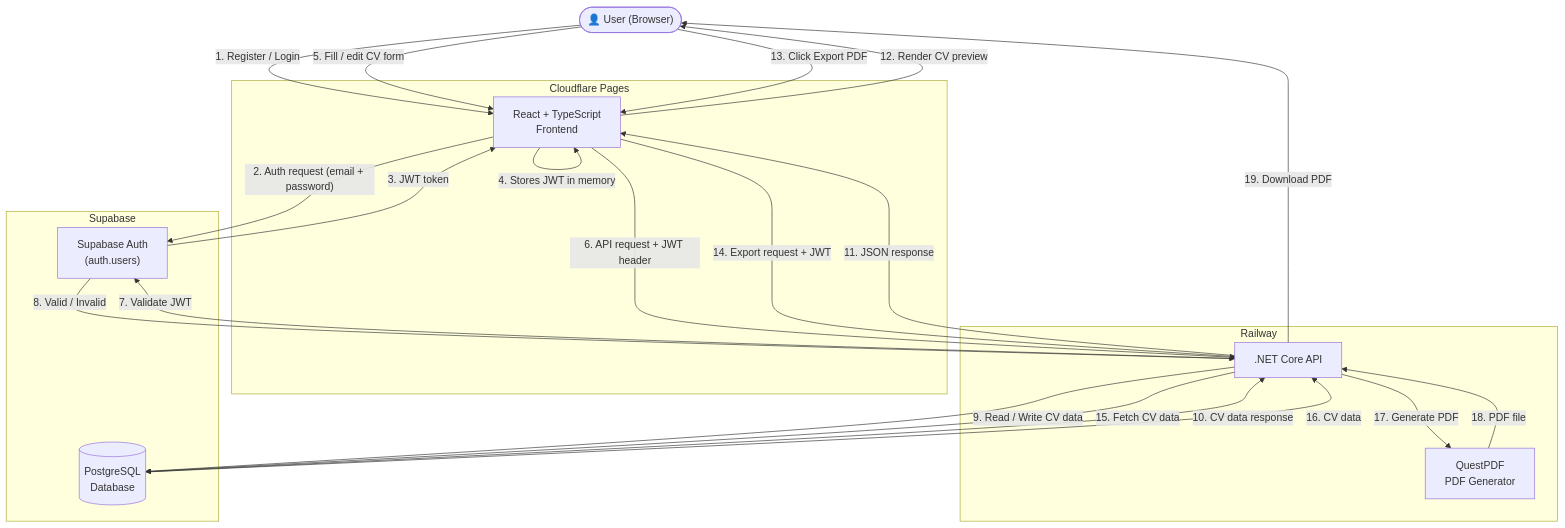
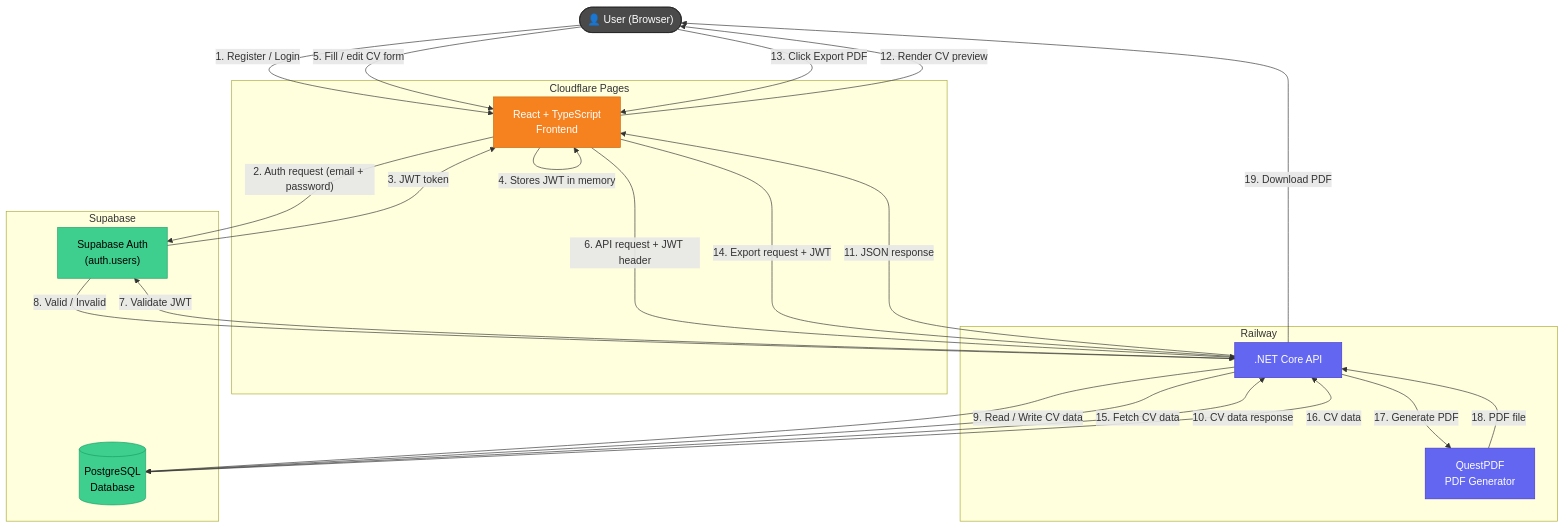
Before and after one commit to Tylerking406/cvmaker: the first of 2 diagrams in diagrams.md, drawn with Mermaid.

Commit message:
styled diagram

````diff
--- a/diagrams.md
+++ b/diagrams.md
@@ -5,43 +5,48 @@
 ```mermaid
 graph TD
-    User(["👤 User (Browser)"])
+    classDef user fill:#4a4a4a,stroke:#222,color:#fff
+    classDef cloudflare fill:#f6821f,stroke:#c96a10,color:#fff
+    classDef railway fill:#6366f1,stroke:#4338ca,color:#fff
+    classDef supabase fill:#3ecf8e,stroke:#1a9e65,color:#000
+
+    User(["👤 User (Browser)"]):::user
 
     subgraph Cloudflare Pages
-        UI["React + TypeScript\nFrontend"]
+        UI["React + TypeScript\nFrontend"]:::cloudflare
     end
 
     subgraph Railway
-        API[".NET Core API"]
-        PDF["QuestPDF\nPDF Generator"]
+        API[".NET Core API"]:::railway
+        PDF["QuestPDF\nPDF Generator"]:::railway
     end
 
     subgraph Supabase
-        AUTH["Supabase Auth\n(auth.users)"]
-        DB[("PostgreSQL\nDatabase")]
+        AUTH["Supabase Auth\n(auth.users)"]:::supabase
+        DB[("PostgreSQL\nDatabase")]:::supabase
     end
 
     %% Auth flow
     User -- "1. Register / Login" --> UI
     UI -- "2. Auth request (email + password)" --> AUTH
     AUTH -- "3. JWT token" --> UI
     UI -- "4. Stores JWT in memory" --> UI
 
     %% CV CRUD flow
     User -- "5. Fill / edit CV form" --> UI
     UI -- "6. API request + JWT header" --> API
     API -- "7. Validate JWT" --> AUTH
     AUTH -- "8. Valid / Invalid" --> API
     API -- "9. Read / Write CV data" --> DB
     DB -- "10. CV data response" --> API
     API -- "11. JSON response" --> UI
     UI -- "12. Render CV preview" --> User
 
     %% PDF Export flow
     User -- "13. Click Export PDF" --> UI
     UI -- "14. Export request + JWT" --> API
     API -- "15. Fetch CV data" --> DB
     DB -- "16. CV data" --> API
     API -- "17. Generate PDF" --> PDF
     PDF -- "18. PDF file" --> API
     API -- "19. Download PDF" --> User
 ```
````
